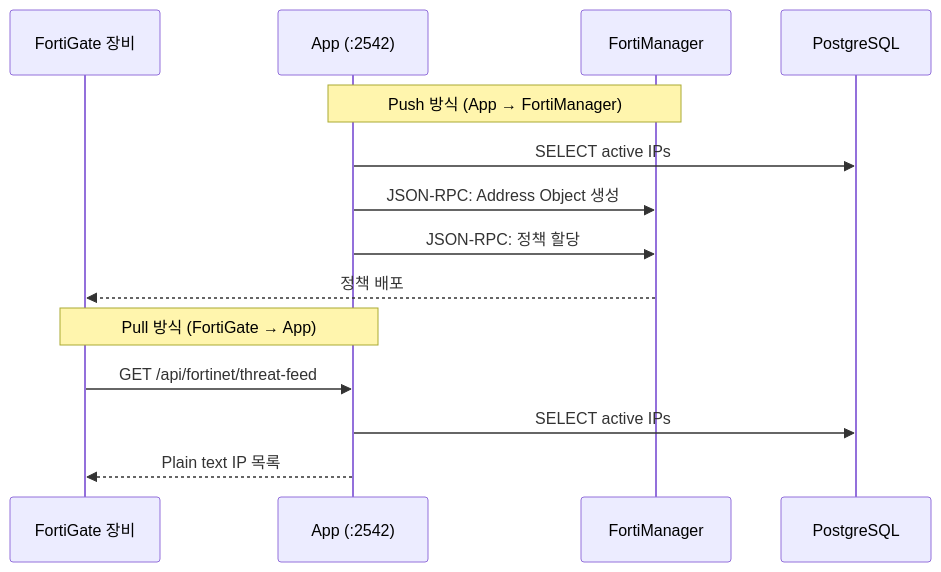
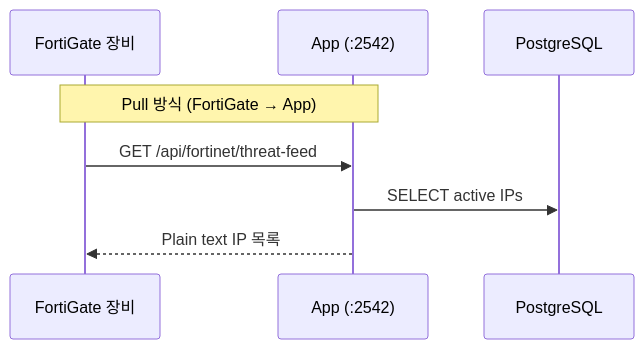
One commit to jclee941/blacklist changed the fourth of 10 diagrams in docs/wiki/Architecture.md. Above: the diagram before and after it, drawn with Mermaid. The commit also changed other lines of this file and 38 other files, not shown here.

First line of the commit message:
refactor: remove FortiManager legacy, dead packages, and duplicate routes

````diff
--- a/docs/wiki/Architecture.md
+++ b/docs/wiki/Architecture.md
@@ -116,18 +115,11 @@
 ```mermaid
 sequenceDiagram
     participant FG as FortiGate 장비
     participant A as App (:2542)
-    participant FM as FortiManager
     participant DB as PostgreSQL
-
-    Note over A,FM: Push 방식 (App → FortiManager)
-    A->>DB: SELECT active IPs
-    A->>FM: JSON-RPC: Address Object 생성
-    A->>FM: JSON-RPC: 정책 할당
-    FM-->>FG: 정책 배포
 
     Note over FG,A: Pull 방식 (FortiGate → App)
     FG->>A: GET /api/fortinet/threat-feed
     A->>DB: SELECT active IPs
     A-->>FG: Plain text IP 목록
 ```
````
